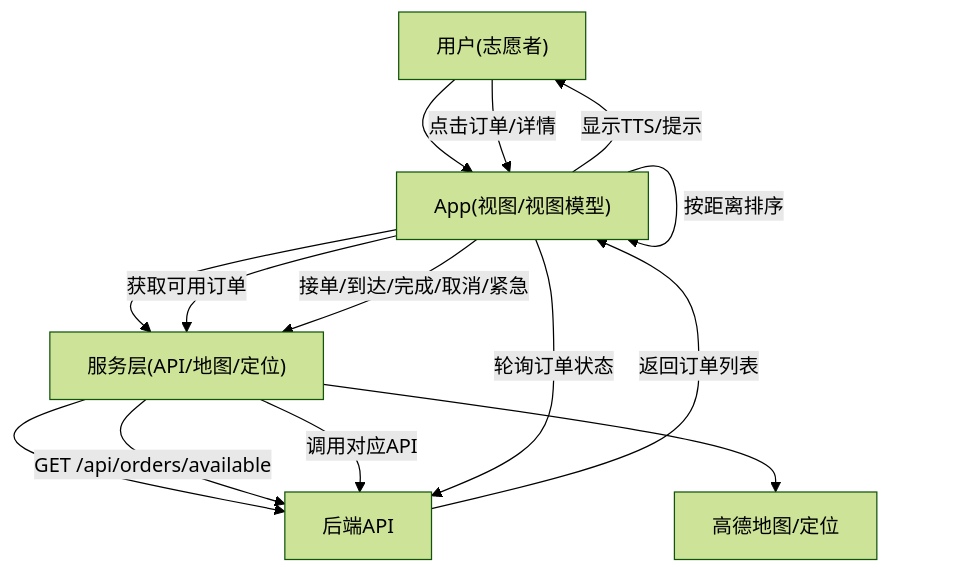
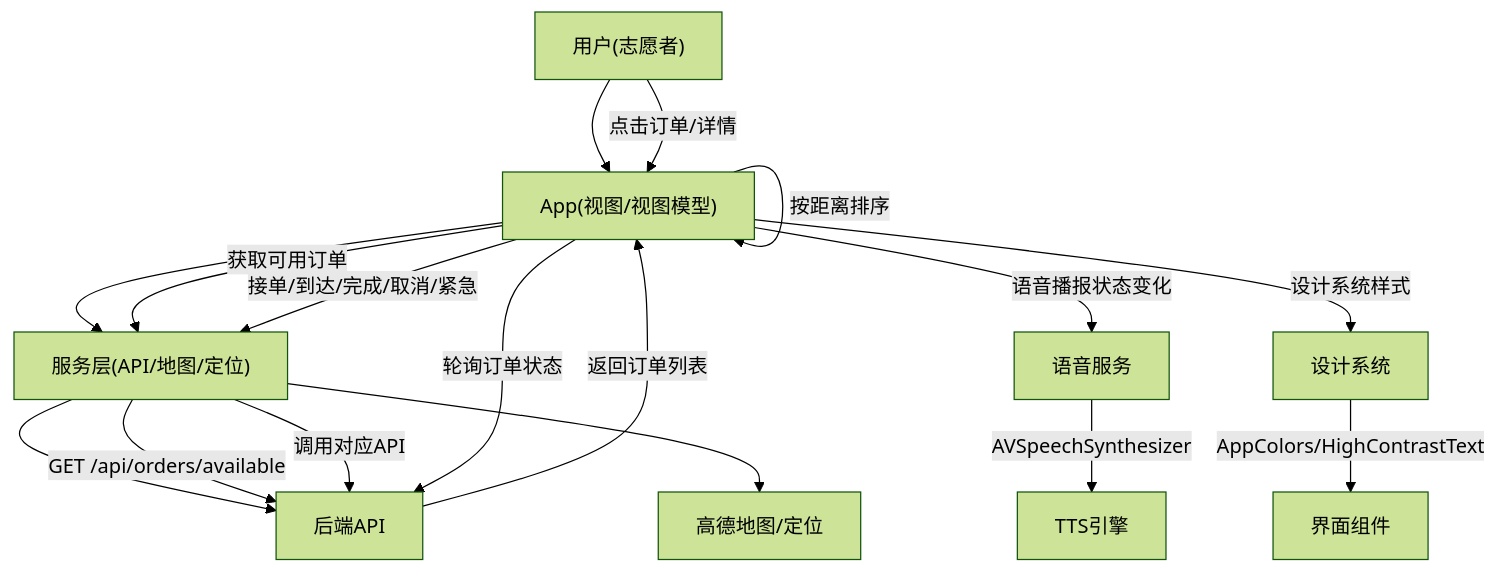
One commit to Jayden23018/blind-run-ios changed the second of 12 diagrams in .qoder/repowiki/zh/content/架构设计/模块化架构设计/Volunteer 志愿者模块.md. Above: the diagram before and after it, drawn with Mermaid (forest theme). The commit also changed other lines of this file and 21 other files, not shown here.

````diff
--- a/.qoder/repowiki/zh/content/架构设计/模块化架构设计/Volunteer 志愿者模块.md
+++ b/.qoder/repowiki/zh/content/架构设计/模块化架构设计/Volunteer 志愿者模块.md
@@ -86,16 +112,19 @@
 ```mermaid
 graph TB
 U["用户(志愿者)"] --> A["App(视图/视图模型)"]
 A --> S["服务层(API/地图/定位)"]
 S --> B["后端API"]
 S --> M["高德地图/定位"]
 A --> |"获取可用订单"| S
 S --> |"GET /api/orders/available"| B
 B --> |"返回订单列表"| A
 A --> |"按距离排序"| A
 U --> |"点击订单/详情"| A
 A --> |"接单/到达/完成/取消/紧急"| S
 S --> |"调用对应API"| B
 A --> |"轮询订单状态"| B
-A --> |"显示TTS/提示"| U
+A --> |"语音播报状态变化"| VS["语音服务"]
+VS --> |"AVSpeechSynthesizer"| TTS["TTS引擎"]
+A --> |"设计系统样式"| DS["设计系统"]
+DS --> |"AppColors/HighContrastText"| UI["界面组件"]
 ```
````
